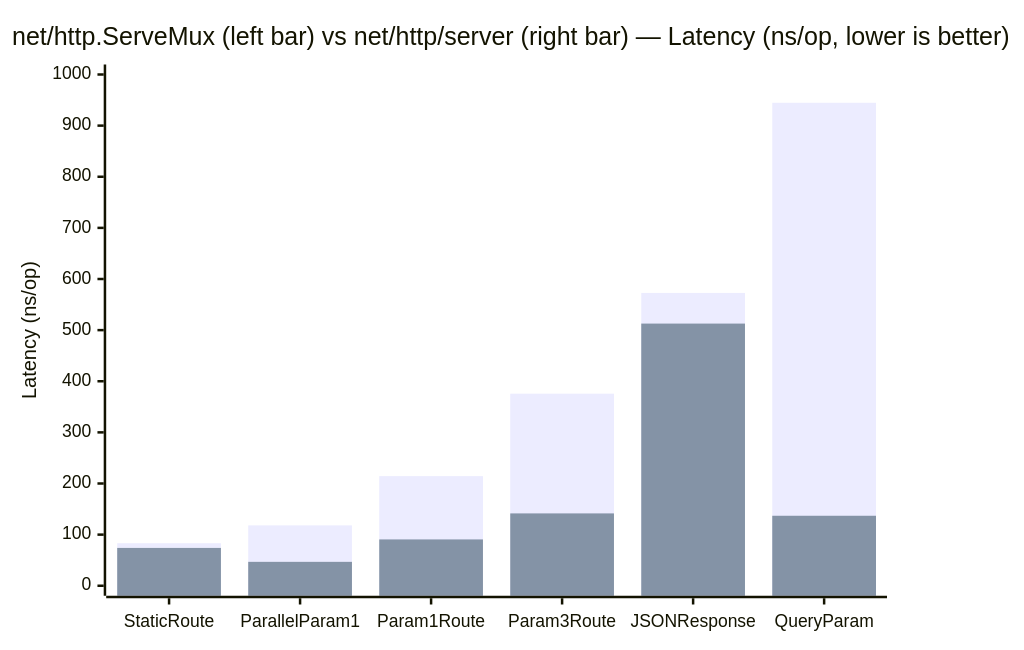
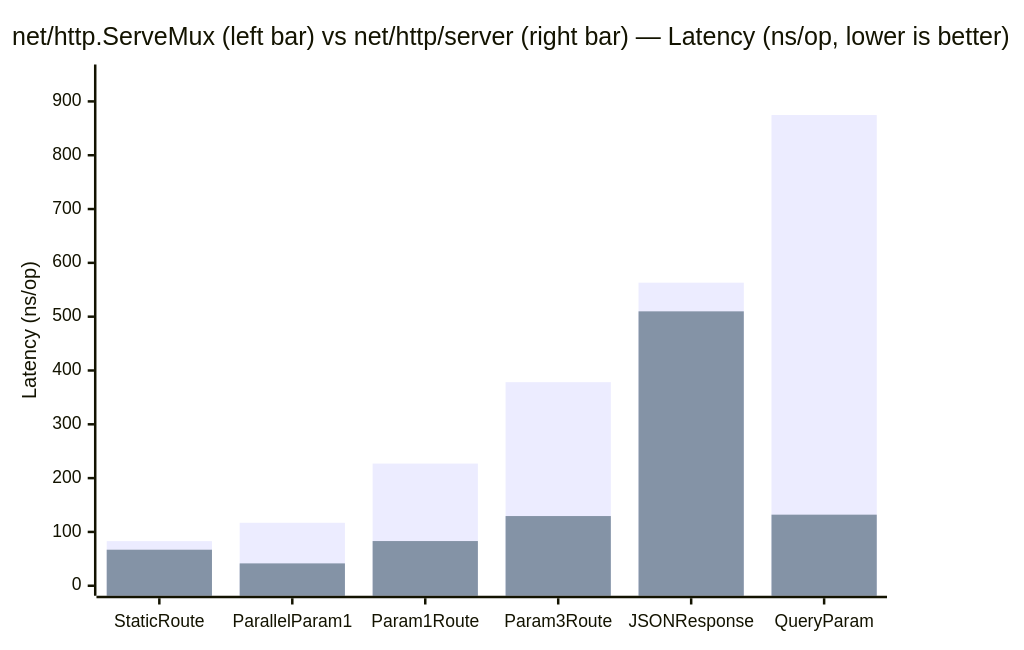
The fifth of 13 diagrams in README.md (404Setup/go), drawn with Mermaid before and after one commit. The commit also changed other lines of this file and 16 other files, not shown here.

````diff
--- a/README.md
+++ b/README.md
@@ -154,8 +154,8 @@
 ```mermaid
 xychart-beta
     title "net/http.ServeMux (left bar) vs net/http/server (right bar) — Latency (ns/op, lower is better)"
     x-axis ["StaticRoute", "ParallelParam1", "Param1Route", "Param3Route", "JSONResponse", "QueryParam"]
-    y-axis "Latency (ns/op)" 0 --> 1000
-    bar [83.19, 118.1, 214.4, 375.7, 572.8, 944.7]
-    bar [73.99, 46.76, 90.60, 141.5, 512.8, 136.9]
+    y-axis "Latency (ns/op)" 0 --> 950
+    bar [82.87, 117.0, 227.0, 378.3, 563.2, 874.7]
+    bar [66.96, 41.55, 83.05, 129.5, 509.9, 132.1]
 ```
````
